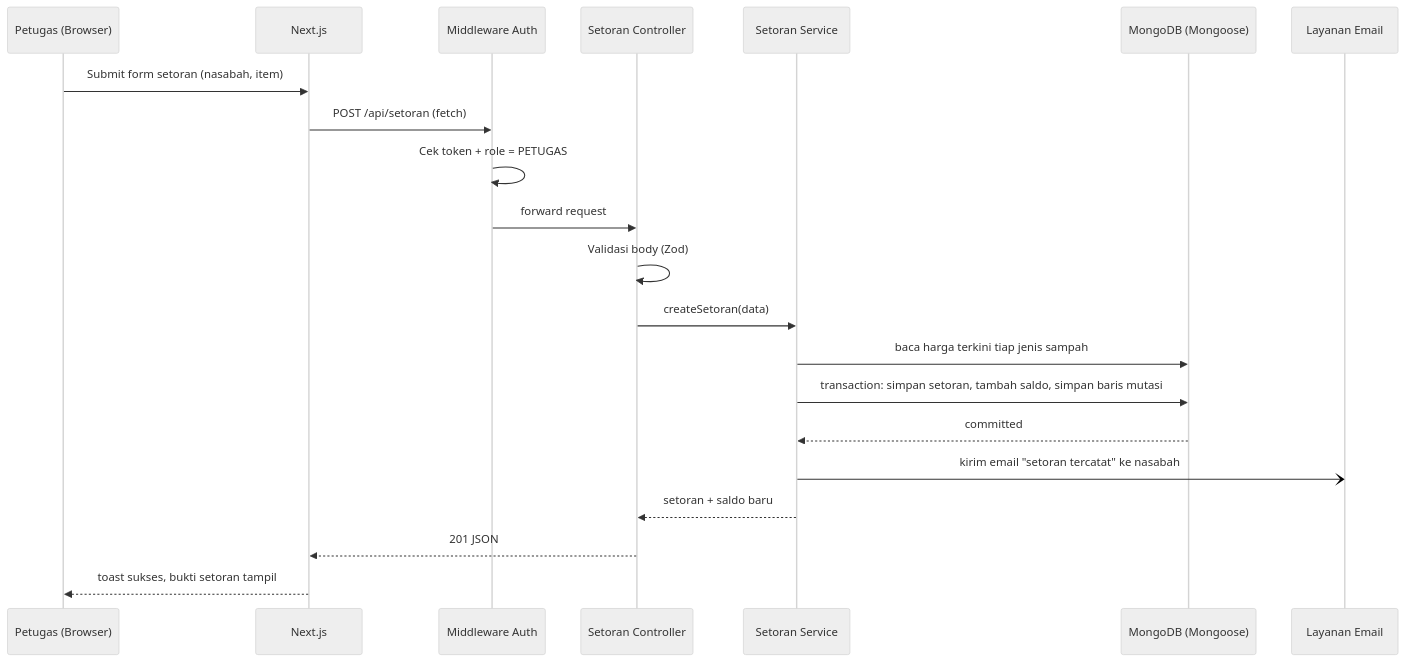
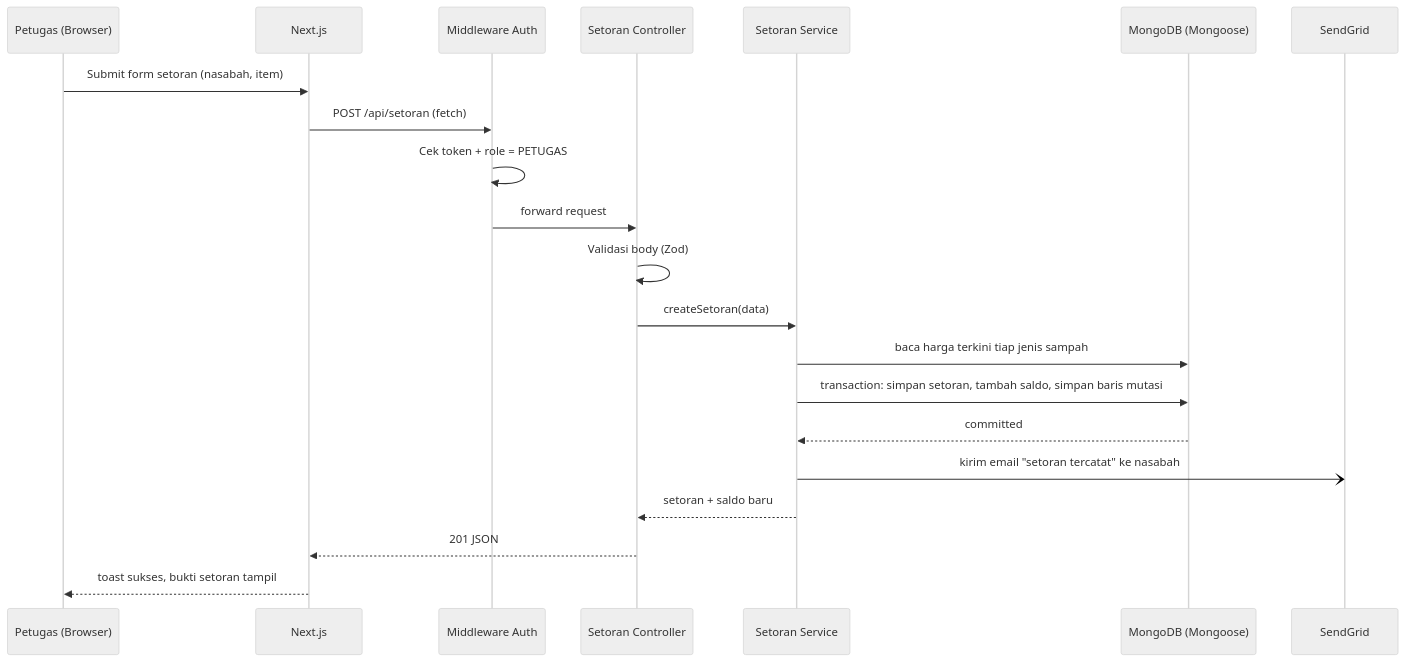
The second of 3 diagrams in docs/architecture.id.md (nael0407/US4-Bank-Sampah), drawn with Mermaid (neutral theme) before and after one commit. The commit also changed other lines of this file, not shown here.

Commit message:
docs(architecture): switch email provider to sendgrid in indonesian doc

````diff
--- a/docs/architecture.id.md
+++ b/docs/architecture.id.md
@@ -54,24 +54,24 @@
 ```mermaid
 sequenceDiagram
     participant PT as Petugas (Browser)
     participant FE as Next.js
     participant MW as Middleware Auth
     participant CT as Setoran Controller
     participant SV as Setoran Service
     participant DB as MongoDB (Mongoose)
-    participant EM as Layanan Email
+    participant EM as SendGrid
 
     PT->>FE: Submit form setoran (nasabah, item)
     FE->>MW: POST /api/setoran (fetch)
     MW->>MW: Cek token + role = PETUGAS
     MW->>CT: forward request
     CT->>CT: Validasi body (Zod)
     CT->>SV: createSetoran(data)
     SV->>DB: baca harga terkini tiap jenis sampah
     SV->>DB: transaction: simpan setoran, tambah saldo, simpan baris mutasi
     DB-->>SV: committed
     SV-)EM: kirim email "setoran tercatat" ke nasabah
     SV-->>CT: setoran + saldo baru
     CT-->>FE: 201 JSON
     FE-->>PT: toast sukses, bukti setoran tampil
 ```
````
